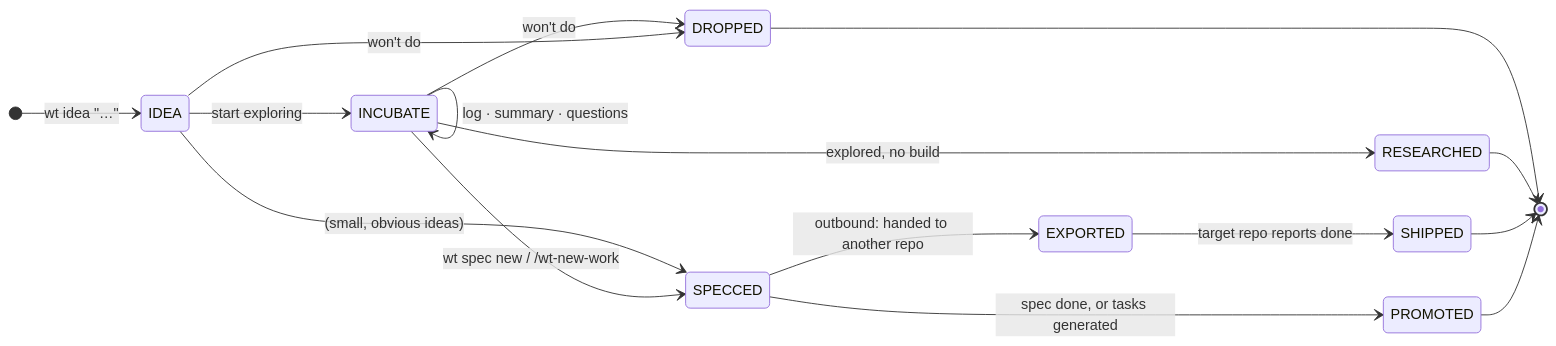
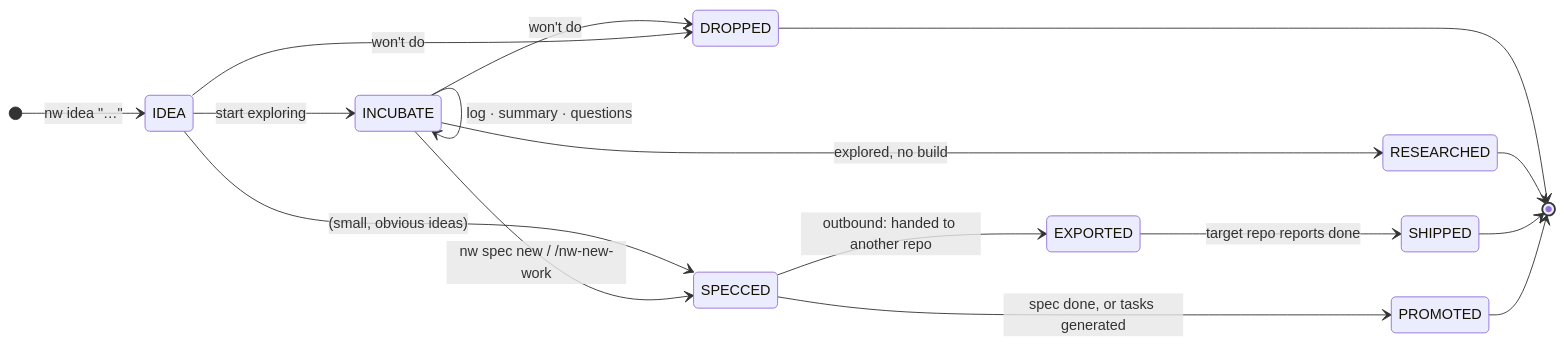
Before and after one commit to brunosmmm/nightwright: the second of 2 diagrams in docs/product/ideas/index.md, drawn with Mermaid. The commit also changed other lines of this file and 495 other files, not shown here.

````diff
--- a/docs/product/ideas/index.md
+++ b/docs/product/ideas/index.md
@@ -33,19 +33,19 @@
 ```mermaid
 stateDiagram-v2
     direction LR
-    [*] --> IDEA: wt idea "…"
+    [*] --> IDEA: nw idea "…"
     IDEA --> INCUBATE: start exploring
     INCUBATE --> INCUBATE: log · summary · questions
-    INCUBATE --> SPECCED: wt spec new / /wt-new-work
+    INCUBATE --> SPECCED: nw spec new / /nw-new-work
     IDEA --> SPECCED: (small, obvious ideas)
     SPECCED --> PROMOTED: spec done, or tasks generated
     SPECCED --> EXPORTED: outbound: handed to another repo
     EXPORTED --> SHIPPED: target repo reports done
     INCUBATE --> RESEARCHED: explored, no build
     IDEA --> DROPPED: won't do
     INCUBATE --> DROPPED: won't do
     PROMOTED --> [*]
     SHIPPED --> [*]
     RESEARCHED --> [*]
     DROPPED --> [*]
 ```
````
